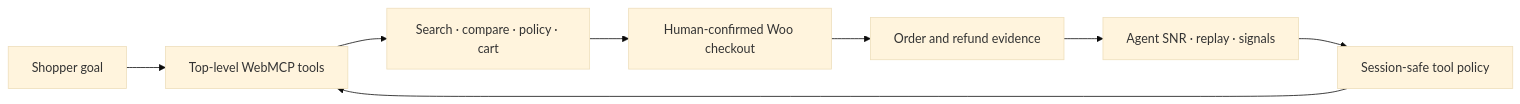
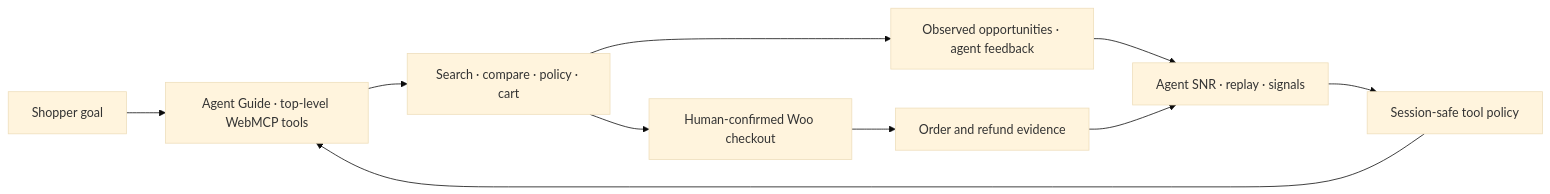
Before and after one commit to jiga/webmcp-agentSNR: the diagram in README.md, drawn with Mermaid (base theme). The commit also changed other lines of this file and 76 other files, not shown here.

Commit message:
feat(agent-snr): add guide, feedback, and opportunity signals

````diff
--- a/README.md
+++ b/README.md
@@ -27,10 +29,12 @@
 ```mermaid
 flowchart LR
-    A[Shopper goal] --> B[Top-level WebMCP tools]
+    A[Shopper goal] --> B[Agent Guide · top-level WebMCP tools]
     B --> C[Search · compare · policy · cart]
+    C --> H[Observed opportunities · agent feedback]
     C --> D[Human-confirmed Woo checkout]
     D --> E[Order and refund evidence]
-    E --> F[Agent SNR · replay · signals]
+    H --> F[Agent SNR · replay · signals]
+    E --> F
     F --> G[Session-safe tool policy]
     G --> B
 ```
````
